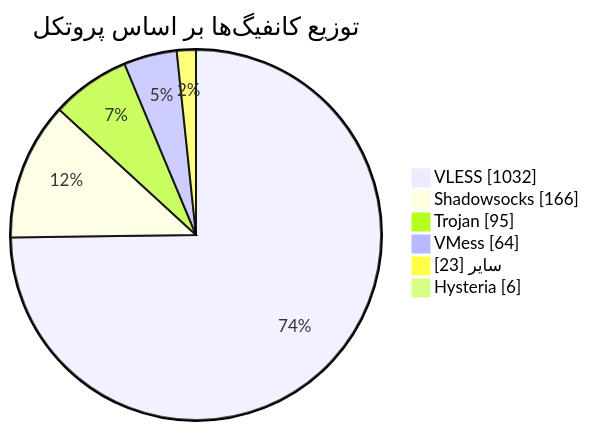
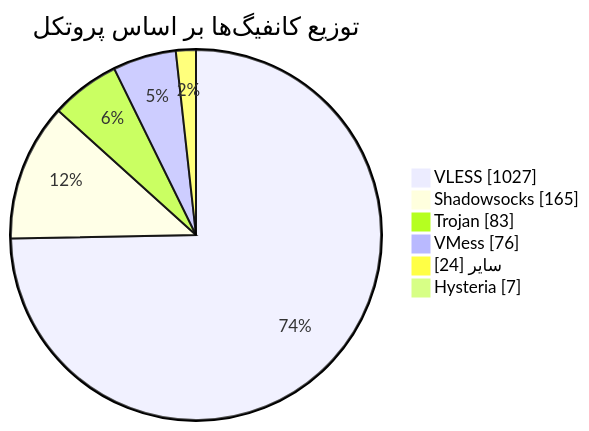
One commit to Arian-Alijani/Somthing changed the diagram in README.md. Above: the diagram before and after it, drawn with Mermaid. The commit also changed other lines of this file and 101 other files, not shown here.

````diff
--- a/README.md
+++ b/README.md
@@ -50,10 +50,10 @@
 ```mermaid
 pie showData
     title توزیع کانفیگ‌ها بر اساس پروتکل
-    "VLESS" : 1032
-    "Shadowsocks" : 166
-    "Trojan" : 95
-    "VMess" : 64
-    "سایر" : 23
-    "Hysteria" : 6
+    "VLESS" : 1027
+    "Shadowsocks" : 165
+    "Trojan" : 83
+    "VMess" : 76
+    "سایر" : 24
+    "Hysteria" : 7
 ```
````
